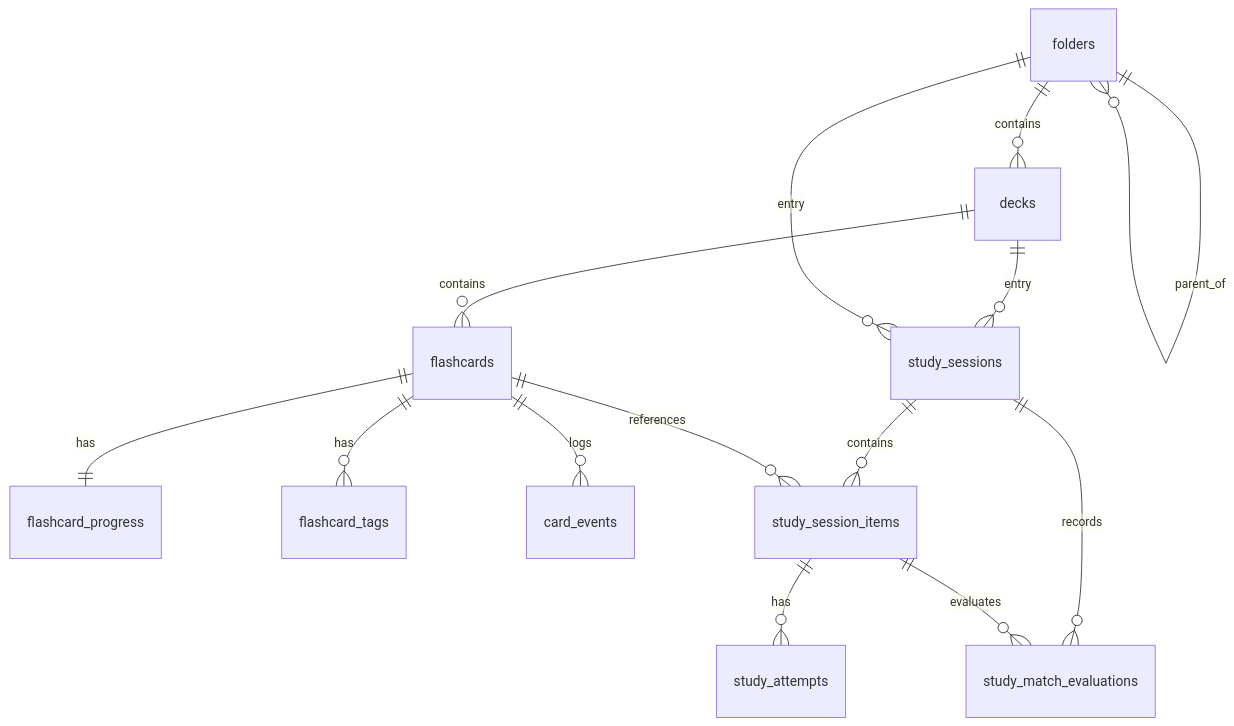
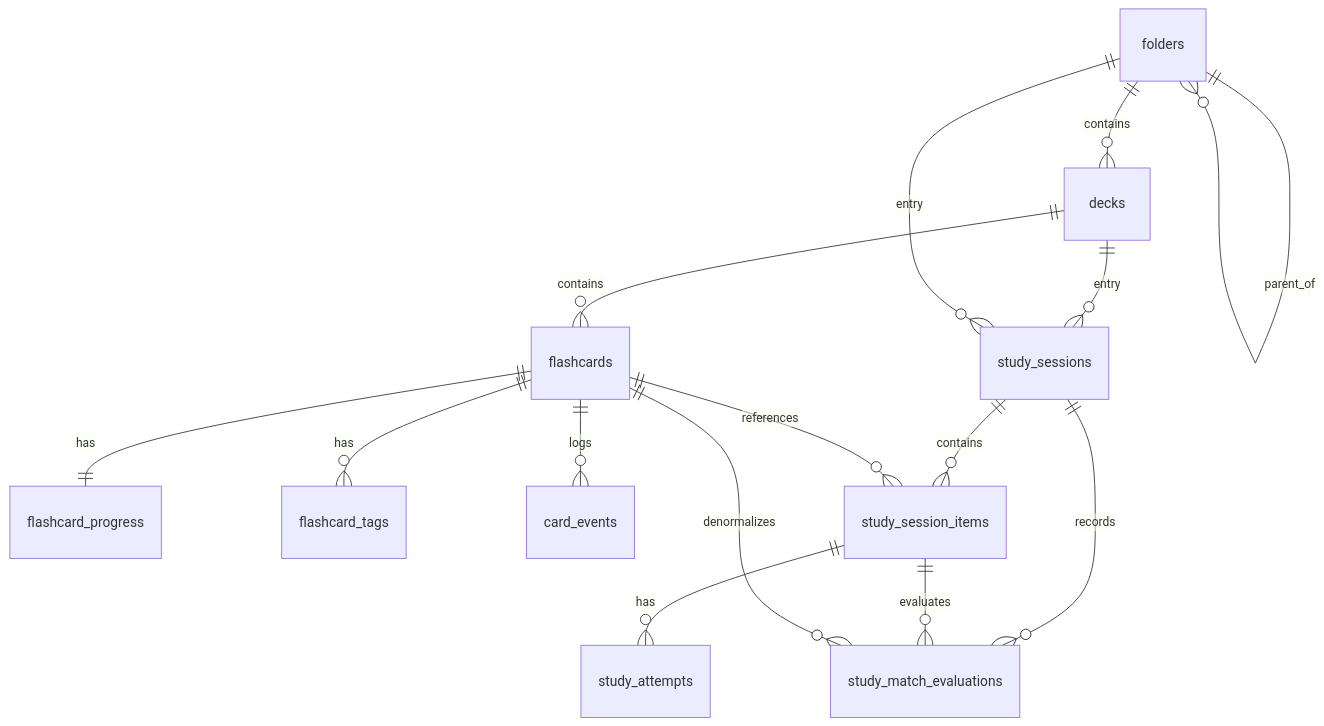
The diagram in docs/database/schema-contract.md (ntgptit/memox-v3), drawn with Mermaid before and after one commit. The commit also changed other lines of this file and 8 other files, not shown here.

First line of the commit message:
feat(study): study_match_evaluations schema enabler v8 (WP-SM1a, object 7)

````diff
--- a/docs/database/schema-contract.md
+++ b/docs/database/schema-contract.md
@@ -203,16 +206,17 @@
 ```mermaid
 erDiagram
     folders ||--o{ folders : parent_of
     folders ||--o{ decks : contains
     decks ||--o{ flashcards : contains
     flashcards ||--|| flashcard_progress : has
     flashcards ||--o{ flashcard_tags : has
     flashcards ||--o{ card_events : logs
     decks ||--o{ study_sessions : entry
     folders ||--o{ study_sessions : entry
     study_sessions ||--o{ study_session_items : contains
     study_sessions ||--o{ study_match_evaluations : records
     study_session_items ||--o{ study_attempts : has
     study_session_items ||--o{ study_match_evaluations : evaluates
+    flashcards ||--o{ study_match_evaluations : denormalizes
     flashcards ||--o{ study_session_items : references
 ```
````
